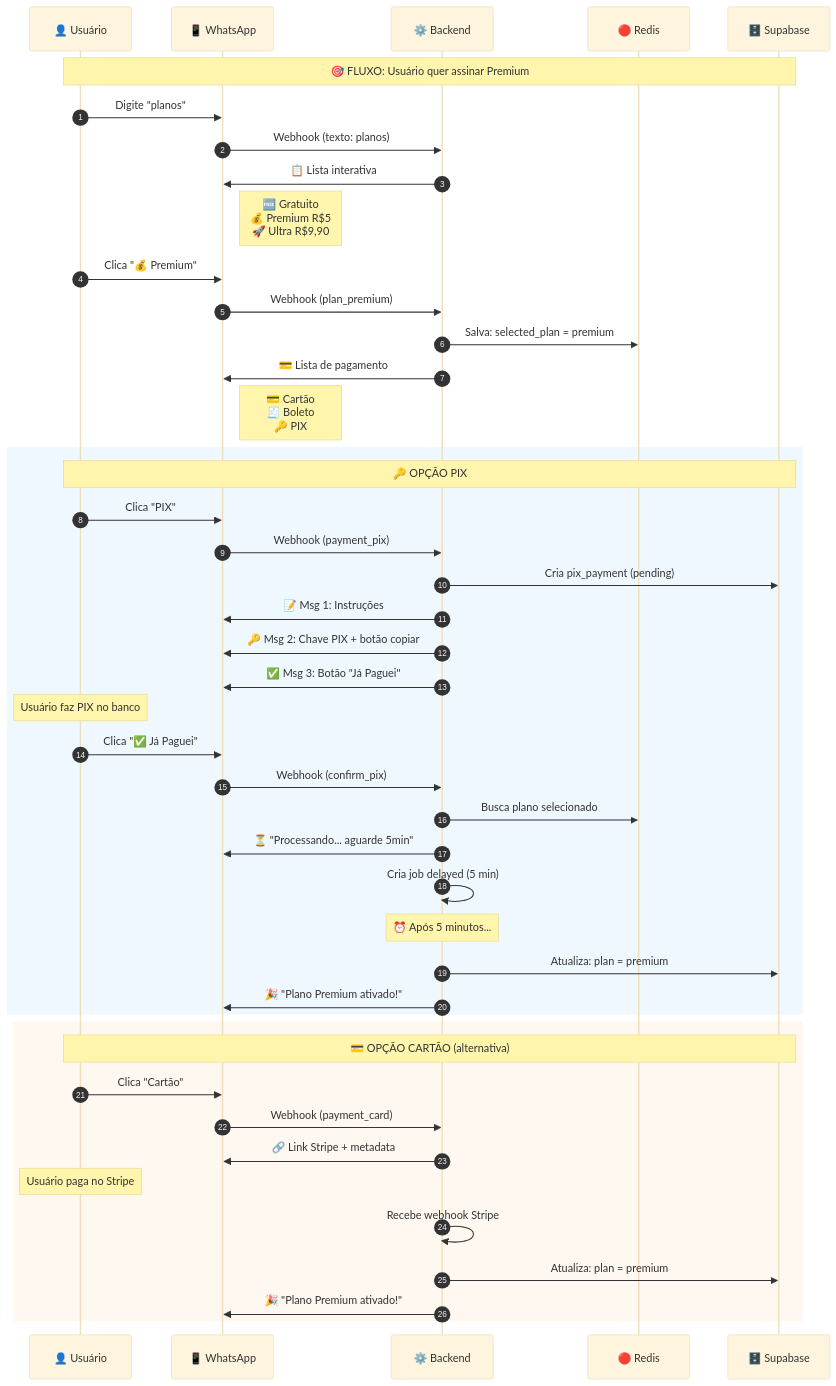
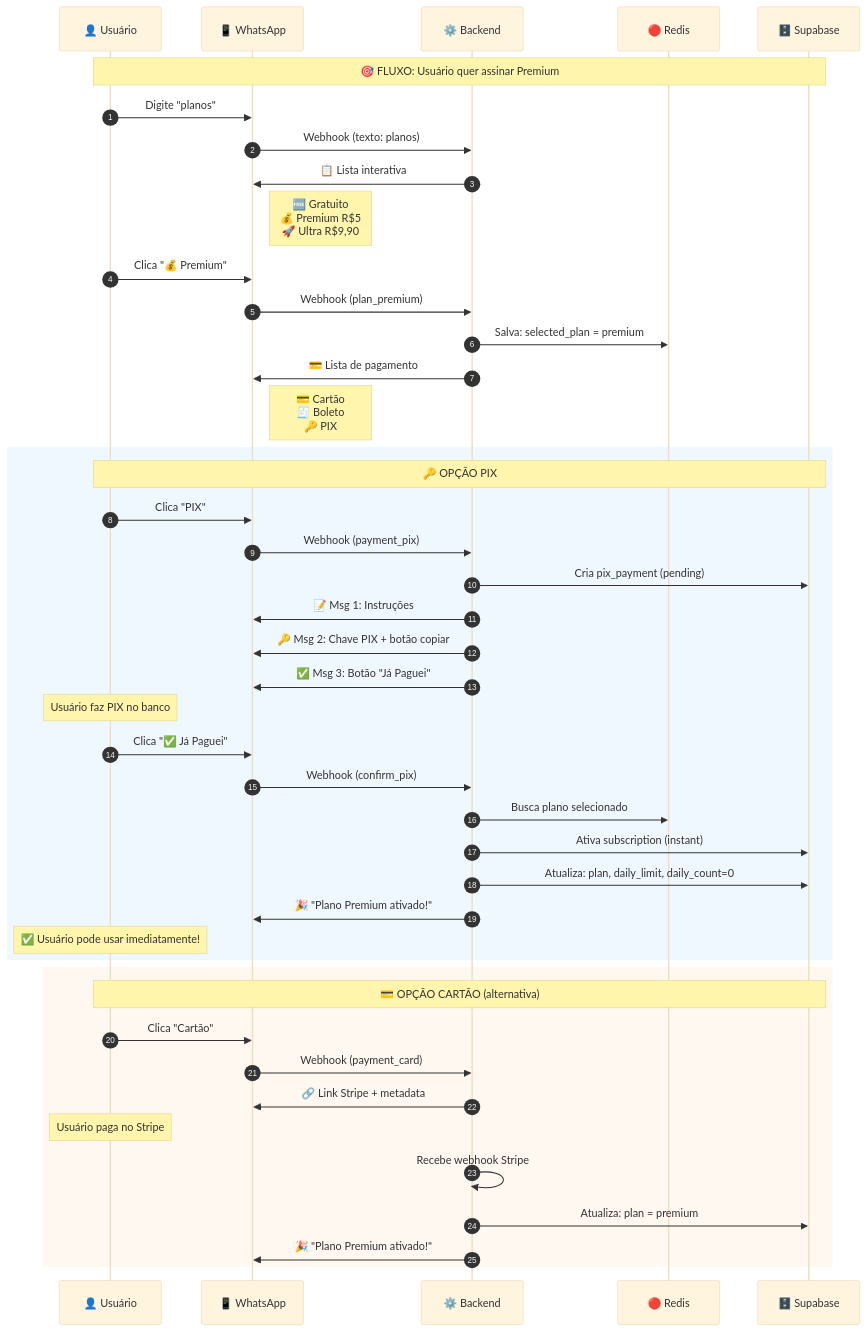
Before and after one commit to reisspaulo/sticker: the second of 24 diagrams in docs/architecture/FLOWCHARTS.md, drawn with Mermaid (base theme). The commit also changed other lines of this file and 2 other files, not shown here.

Commit message:
fix: instant PIX activation and correct daily_limit on subscription
- PIX now activates immediately when user clicks "Já Paguei" (no 5min delay)
- Fixed bug where daily_limit wasn't updated when activating paid plans
- Premium users now get daily_limit=20, Ultra users get daily_limit=999999
- Reset daily_count to 0 on activation so user can use immediately
- Improves UX: user can send photos right after confirming payment

````diff
--- a/docs/architecture/FLOWCHARTS.md
+++ b/docs/architecture/FLOWCHARTS.md
@@ -106,58 +106,55 @@
 ```mermaid
 sequenceDiagram
     autonumber
     participant U as 👤 Usuário
     participant W as 📱 WhatsApp
     participant B as ⚙️ Backend
     participant R as 🔴 Redis
     participant DB as 🗄️ Supabase
 
     Note over U,DB: 🎯 FLUXO: Usuário quer assinar Premium
 
     U->>W: Digite "planos"
     W->>B: Webhook (texto: planos)
     B->>W: 📋 Lista interativa
     Note right of W: 🆓 Gratuito<br/>💰 Premium R$5<br/>🚀 Ultra R$9,90
 
     U->>W: Clica "💰 Premium"
     W->>B: Webhook (plan_premium)
     B->>R: Salva: selected_plan = premium
     B->>W: 💳 Lista de pagamento
     Note right of W: 💳 Cartão<br/>🧾 Boleto<br/>🔑 PIX
 
     rect rgb(240, 248, 255)
         Note over U,DB: 🔑 OPÇÃO PIX
         U->>W: Clica "PIX"
         W->>B: Webhook (payment_pix)
         B->>DB: Cria pix_payment (pending)
         B->>W: 📝 Msg 1: Instruções
         B->>W: 🔑 Msg 2: Chave PIX + botão copiar
         B->>W: ✅ Msg 3: Botão "Já Paguei"
 
         Note over U: Usuário faz PIX no banco
 
         U->>W: Clica "✅ Já Paguei"
         W->>B: Webhook (confirm_pix)
         B->>R: Busca plano selecionado
-        B->>W: ⏳ "Processando... aguarde 5min"
-        B->>B: Cria job delayed (5 min)
-
-        Note over B: ⏰ Após 5 minutos...
-
-        B->>DB: Atualiza: plan = premium
+        B->>DB: Ativa subscription (instant)
+        B->>DB: Atualiza: plan, daily_limit, daily_count=0
         B->>W: 🎉 "Plano Premium ativado!"
+        Note over U: ✅ Usuário pode usar imediatamente!
     end
 
     rect rgb(255, 248, 240)
         Note over U,DB: 💳 OPÇÃO CARTÃO (alternativa)
         U->>W: Clica "Cartão"
         W->>B: Webhook (payment_card)
         B->>W: 🔗 Link Stripe + metadata
 
         Note over U: Usuário paga no Stripe
 
         B->>B: Recebe webhook Stripe
         B->>DB: Atualiza: plan = premium
         B->>W: 🎉 "Plano Premium ativado!"
     end
 ```
````
